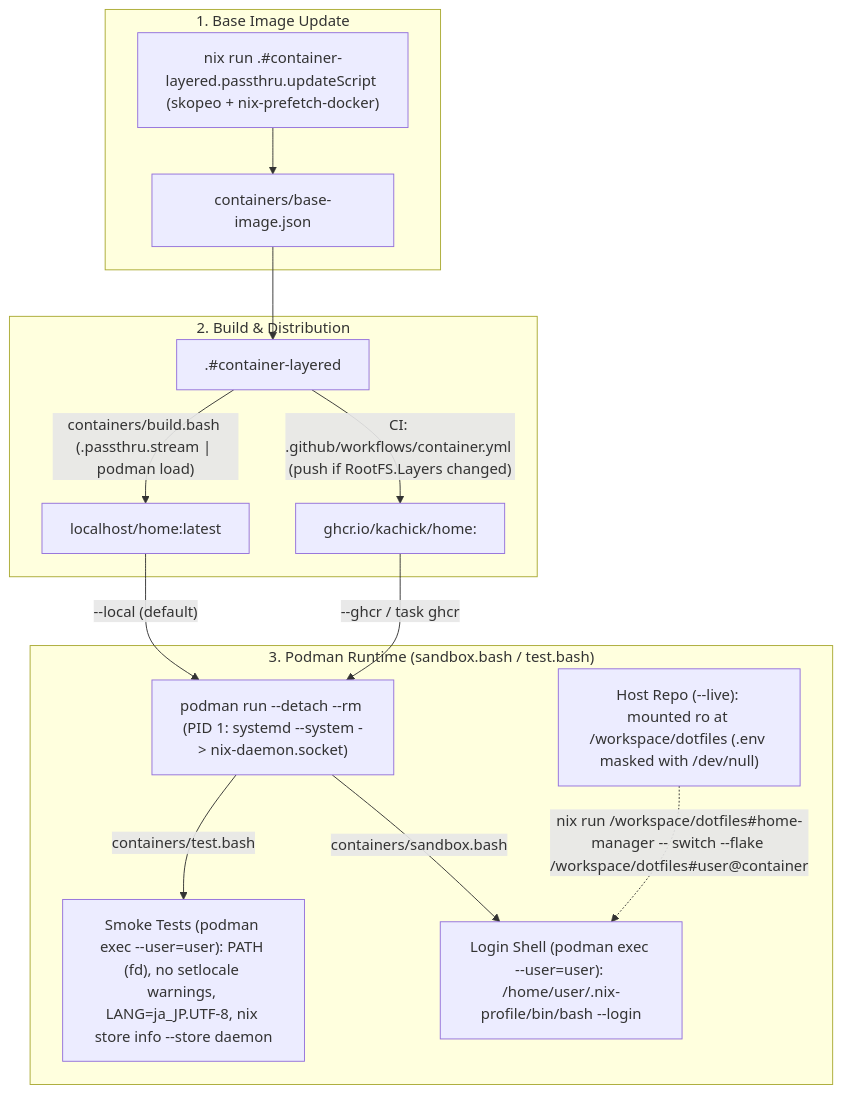
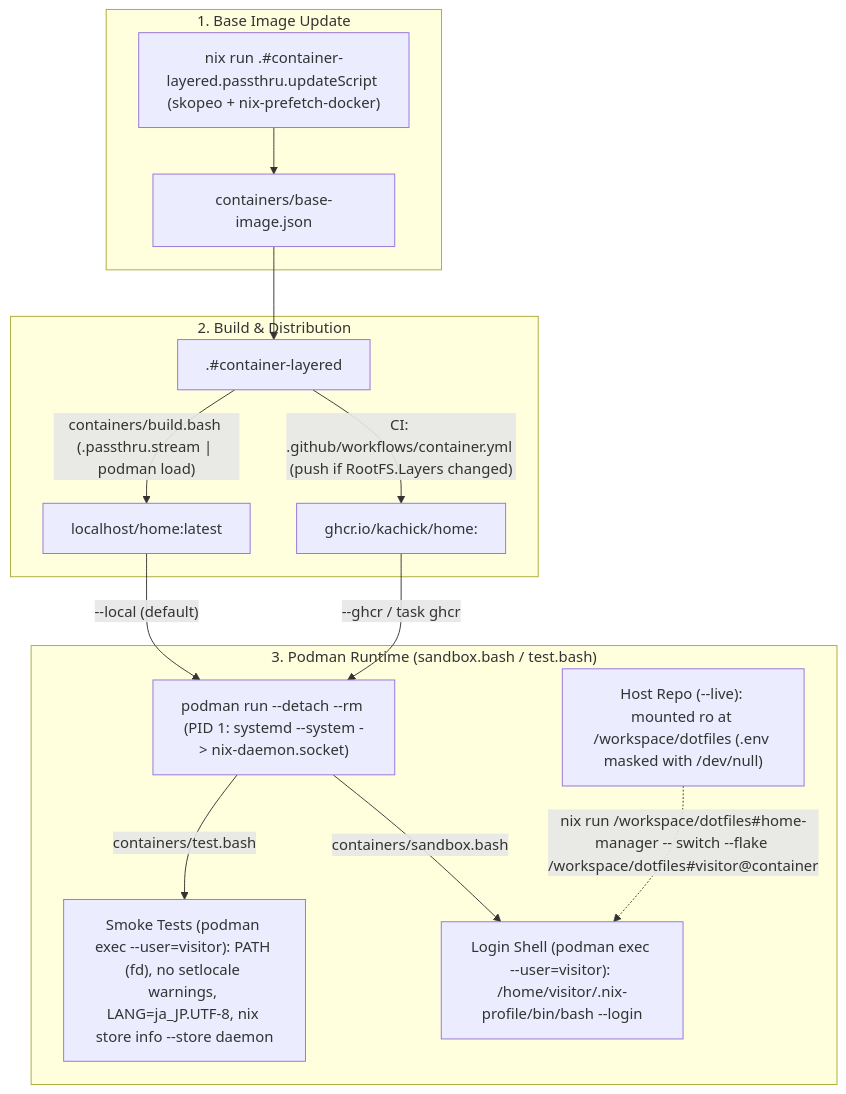
The second of 2 diagrams in containers/README.md (kachick/dotfiles), drawn with Mermaid before and after one commit. The commit also changed other lines of this file and 26 other files, not shown here.

````diff
--- a/containers/README.md
+++ b/containers/README.md
@@ -41,22 +41,22 @@
 ```mermaid
 flowchart TD
     subgraph Update ["1. Base Image Update"]
         upd["nix run .#container-layered.passthru.updateScript (skopeo + nix-prefetch-docker)"] --> base_json["containers/base-image.json"]
     end
 
     subgraph Build ["2. Build & Distribution"]
         base_json --> flake_pkg[".#container-layered"]
         flake_pkg -->|"containers/build.bash (.passthru.stream | podman load)"| local_img["localhost/home:latest"]
         flake_pkg -->|"CI: .github/workflows/container.yml (push if RootFS.Layers changed)"| ghcr_img["ghcr.io/kachick/home:<tag>"]
     end
 
     subgraph Runtime ["3. Podman Runtime (sandbox.bash / test.bash)"]
         local_img -->|"--local (default)"| podman_run["podman run --detach --rm (PID 1: systemd --system -> nix-daemon.socket)"]
         ghcr_img -->|"--ghcr <TAG> / task ghcr"| podman_run
 
-        podman_run -->|"containers/test.bash"| smoke["Smoke Tests (podman exec --user=user): PATH (fd), no setlocale warnings, LANG=ja_JP.UTF-8, nix store info --store daemon"]
-        podman_run -->|"containers/sandbox.bash"| shell["Login Shell (podman exec --user=user): /home/user/.nix-profile/bin/bash --login"]
+        podman_run -->|"containers/test.bash"| smoke["Smoke Tests (podman exec --user=visitor): PATH (fd), no setlocale warnings, LANG=ja_JP.UTF-8, nix store info --store daemon"]
+        podman_run -->|"containers/sandbox.bash"| shell["Login Shell (podman exec --user=visitor): /home/visitor/.nix-profile/bin/bash --login"]
 
-        live_mount["Host Repo (--live): mounted ro at /workspace/dotfiles (.env masked with /dev/null)"] -.->|"nix run /workspace/dotfiles#home-manager -- switch --flake /workspace/dotfiles#user@container"| shell
+        live_mount["Host Repo (--live): mounted ro at /workspace/dotfiles (.env masked with /dev/null)"] -.->|"nix run /workspace/dotfiles#home-manager -- switch --flake /workspace/dotfiles#visitor@container"| shell
     end
 ```
````
